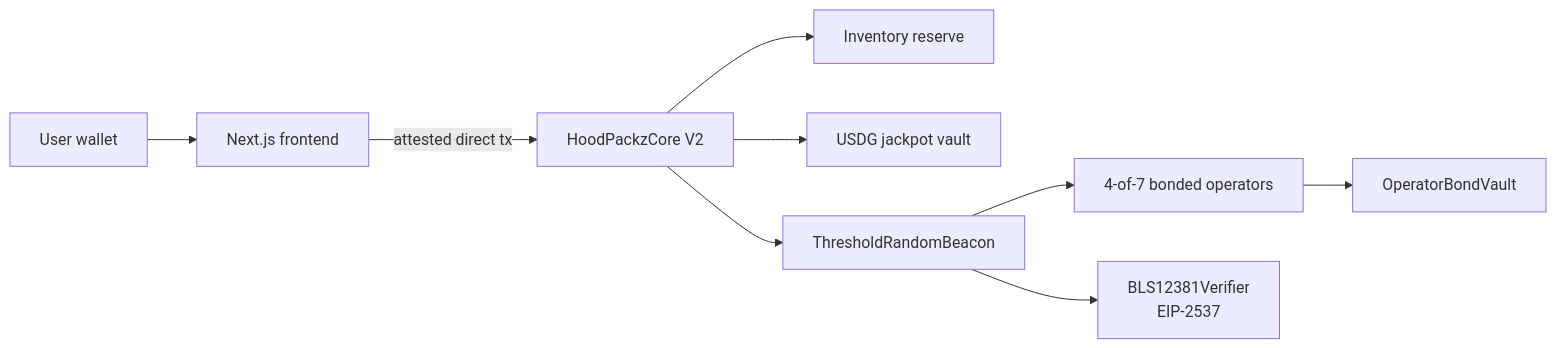
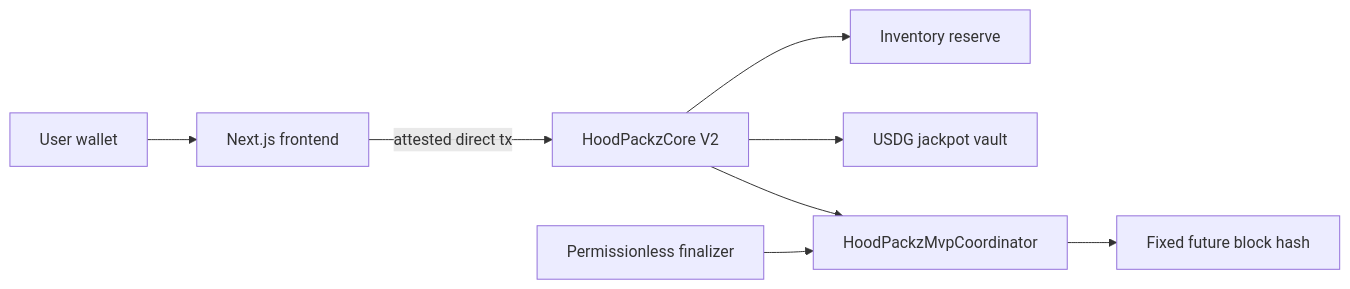
The diagram in README.md (Jaredweb3here/hoodpackz), drawn with Mermaid before and after one commit. The commit also changed other lines of this file and 8 other files, not shown here.

````diff
--- a/README.md
+++ b/README.md
@@ -90,11 +96,10 @@
 ```mermaid
 flowchart LR
     U[User wallet] --> FE[Next.js frontend]
     FE -->|attested direct tx| CORE[HoodPackzCore V2]
     CORE --> INV[Inventory reserve]
     CORE --> JP[USDG jackpot vault]
-    CORE --> BEACON[ThresholdRandomBeacon]
-    BEACON --> OPS[4-of-7 bonded operators]
-    OPS --> BOND[OperatorBondVault]
-    BEACON --> VER[BLS12381Verifier\nEIP-2537]
+    CORE --> COORD[HoodPackzMvpCoordinator]
+    COORD --> BLOCK[Fixed future block hash]
+    K[Permissionless finalizer] --> COORD
 ```
````
